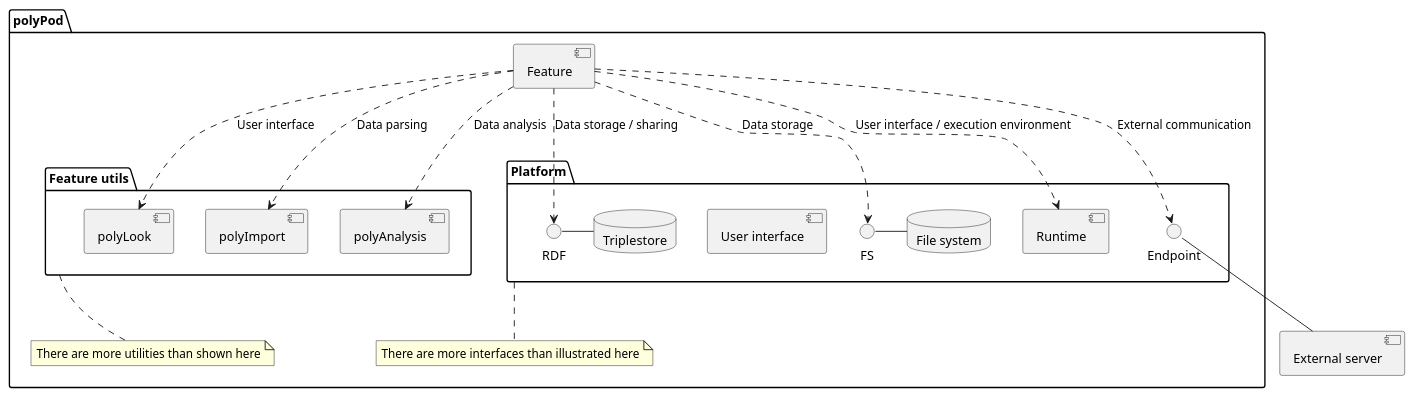
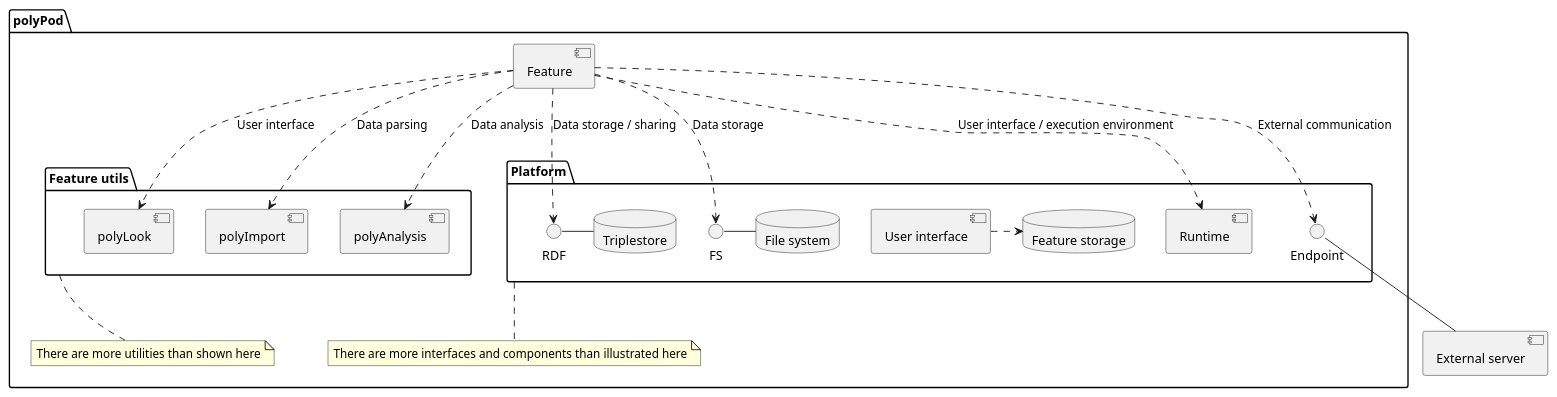
One commit to polypoly-eu/polyPod changed the diagram in docs/diagrams/architecture.puml. Above: the diagram before and after it, drawn with PlantUML. The commit also changed 1 other file, not shown here.

Commit message:
Add feature storage

```diff
--- a/docs/diagrams/architecture.puml
+++ b/docs/diagrams/architecture.puml
@@ -1,41 +1,51 @@
 @startuml
 
 [External server] as ExternalServer
 
 package "polyPod" {
         [Feature]
 
         together {
                 package "Feature utils" as FeatureUtils {
                         [polyLook]
                         [polyImport]
                         [polyAnalysis]
                 }
                 note bottom of FeatureUtils : There are more utilities than shown here
 
                 package Platform {
-                        interface RDF
-                        database Triplestore
-                        RDF - Triplestore
-                        interface FS
-                        database "File system" as FileSystem
-                        FS - FileSystem
+                        together {
+                                interface RDF
+                                database Triplestore
+                                RDF - Triplestore
+                        }
+
+                        together {
+                                interface FS
+                                database "File system" as FileSystem
+                                FS - FileSystem
+                        }
+
                         [User interface]
+                        database "Feature storage" as FeatureStorage
+                        [User interface] .> FeatureStorage
+
                         [Runtime]
                         interface Endpoint
                 }
-                note bottom of Platform : There are more interfaces than illustrated here
+                note bottom of Platform : There are more interfaces and components than illustrated here
         }
+
+        Feature .> polyLook : User interface
+        Feature .> polyImport : Data parsing
+        Feature .> polyAnalysis : Data analysis
+
+        Feature ..> RDF : Data storage / sharing
+        Feature ..> FS : Data storage
+        Feature ..> Runtime : User interface / execution environment
+        Feature ..> Endpoint : External communication
 }
 
-Feature .> polyLook : User interface
-Feature .> polyImport : Data parsing
-Feature .> polyAnalysis : Data analysis
-
-Feature ..> RDF : Data storage / sharing
-Feature ..> FS : Data storage
-Feature ..> Runtime : User interface / execution environment
-Feature ..> Endpoint : External communication
 Endpoint -- ExternalServer
 
 @enduml
```
